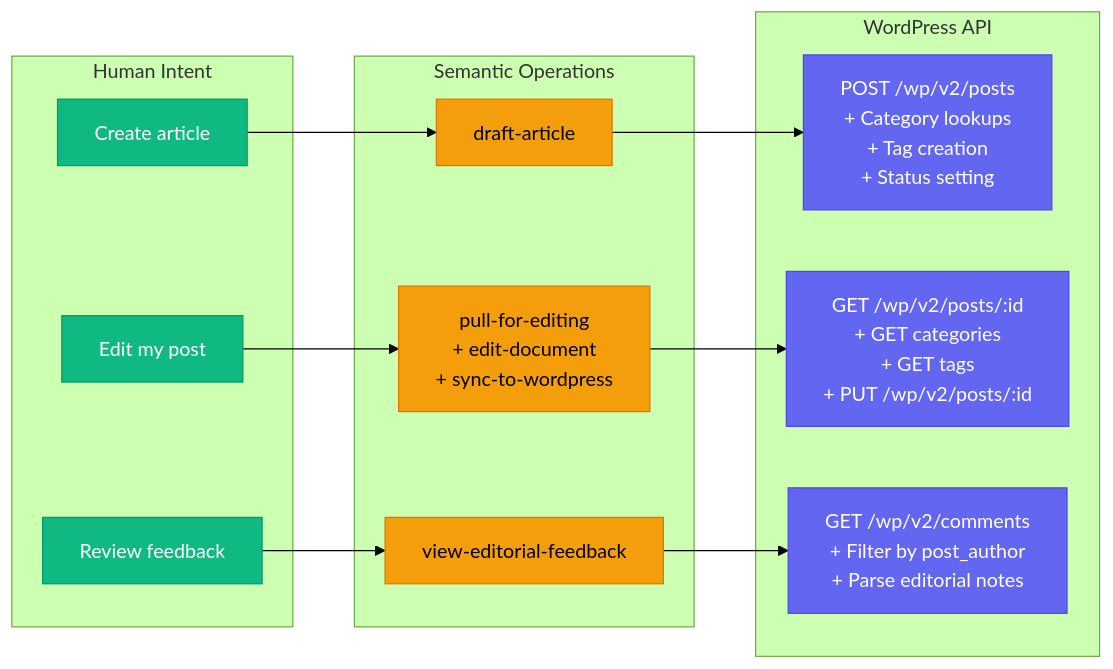
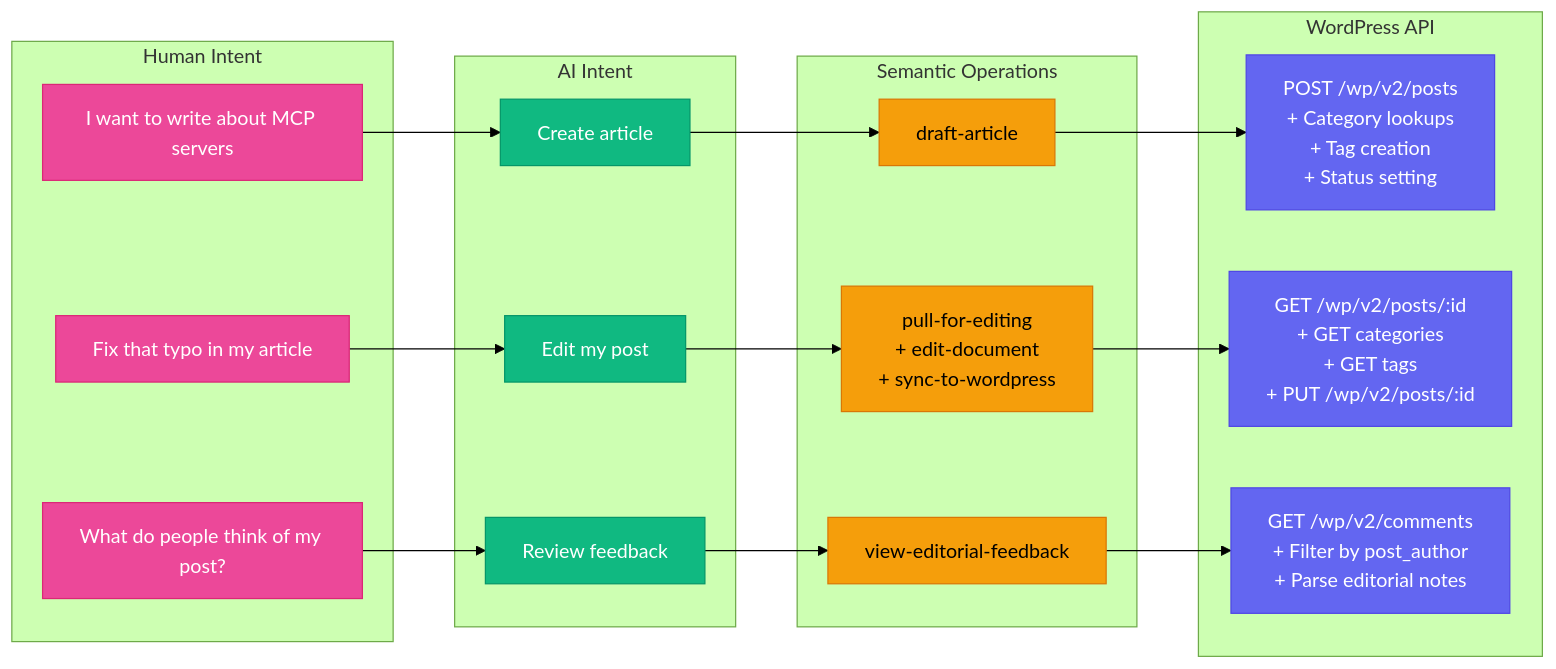
One commit to aaronsb/wordpress-mcp changed the second of 3 diagrams in README.md. Above: the diagram before and after it, drawn with Mermaid (forest theme).

Commit message:
Enhance semantic operation diagram with complete flow
- Add Human Intent as the first subgraph with natural language examples
- Rename previous Human Intent to AI Intent for clarity
- Show complete flow: Human → AI → Semantic Ops → WordPress API
- Add pink color scheme for human intent to differentiate layers
- Better illustrates the semantic bridging concept

````diff
--- a/README.md
+++ b/README.md
@@ -63,32 +63,43 @@
 ```mermaid
 flowchart LR
     subgraph "Human Intent"
-        HI1[Create article]:::intent
-        HI2[Edit my post]:::intent
-        HI3[Review feedback]:::intent
+        H1[I want to write about MCP servers]:::human
+        H2[Fix that typo in my article]:::human
+        H3[What do people think of my post?]:::human
+    end
+    
+    subgraph "AI Intent"
+        AI1[Create article]:::intent
+        AI2[Edit my post]:::intent
+        AI3[Review feedback]:::intent
     end
     
     subgraph "Semantic Operations"
         SO1[draft-article]:::semantic
         SO2[pull-for-editing<br/>+ edit-document<br/>+ sync-to-wordpress]:::semantic
         SO3[view-editorial-feedback]:::semantic
     end
     
     subgraph "WordPress API"
         API1[POST /wp/v2/posts<br/>+ Category lookups<br/>+ Tag creation<br/>+ Status setting]:::api
         API2[GET /wp/v2/posts/:id<br/>+ GET categories<br/>+ GET tags<br/>+ PUT /wp/v2/posts/:id]:::api
         API3[GET /wp/v2/comments<br/>+ Filter by post_author<br/>+ Parse editorial notes]:::api
     end
     
-    HI1 --> SO1
-    HI2 --> SO2
-    HI3 --> SO3
+    H1 --> AI1
+    H2 --> AI2
+    H3 --> AI3
+    
+    AI1 --> SO1
+    AI2 --> SO2
+    AI3 --> SO3
     
     SO1 --> API1
     SO2 --> API2
     SO3 --> API3
     
+    classDef human fill:#ec4899,stroke:#db2777,color:#ffffff
     classDef intent fill:#10b981,stroke:#059669,color:#ffffff
     classDef semantic fill:#f59e0b,stroke:#d97706,color:#000000
     classDef api fill:#6366f1,stroke:#4f46e5,color:#ffffff
 ```
````
